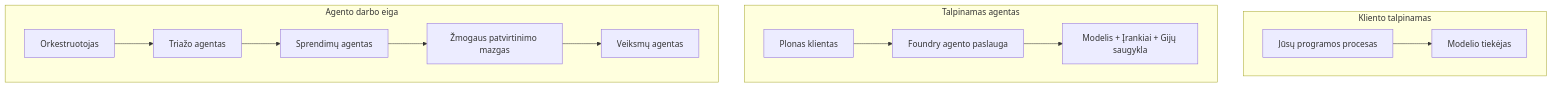
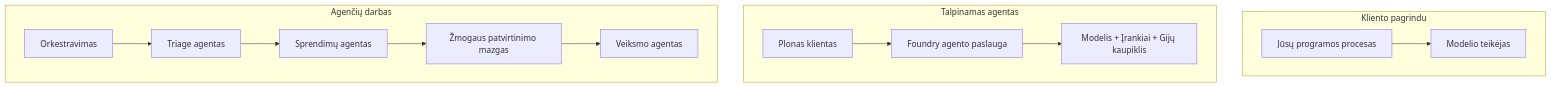
One commit to microsoft/ai-agents-for-beginners changed the first of 4 diagrams in translations/lt/16-deploying-scalable-agents/README.md. Above: the diagram before and after it, drawn with Mermaid. The commit also changed other lines of this file and 45 other files, not shown here.

````diff
--- a/translations/lt/16-deploying-scalable-agents/README.md
+++ b/translations/lt/16-deploying-scalable-agents/README.md
@@ -87,16 +87,16 @@
 ```mermaid
 flowchart TB
-    subgraph P1[Kliento talpinamas]
-        A1[Jūsų programos procesas] --> M1[Modelio tiekėjas]
+    subgraph P1[Kliento pagrindu]
+        A1[Jūsų programos procesas] --> M1[Modelio teikėjas]
     end
     subgraph P2[Talpinamas agentas]
         A2[Plonas klientas] --> F2[Foundry agento paslauga]
-        F2 --> M2[Modelis + Įrankiai + Gijų saugykla]
+        F2 --> M2[Modelis + Įrankiai + Gijų kaupiklis]
     end
-    subgraph P3[Agento darbo eiga]
-        A3[Orkestruotojas] --> S1[Triažo agentas]
+    subgraph P3[Agenčių darbas]
+        A3[Orkestravimas] --> S1[Triage agentas]
         S1 --> S2[Sprendimų agentas]
         S2 --> H[Žmogaus patvirtinimo mazgas]
-        H --> S3[Veiksmų agentas]
+        H --> S3[Veiksmo agentas]
     end
 ```
````
